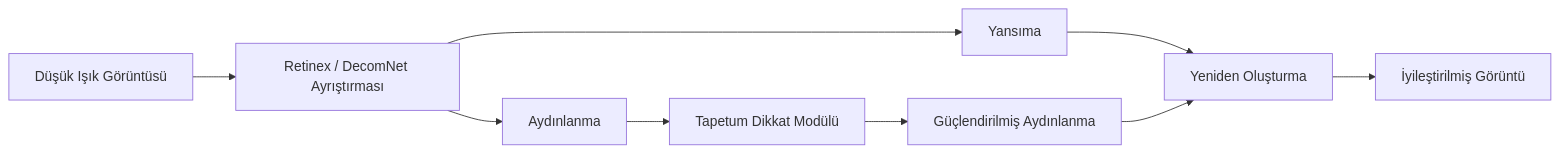
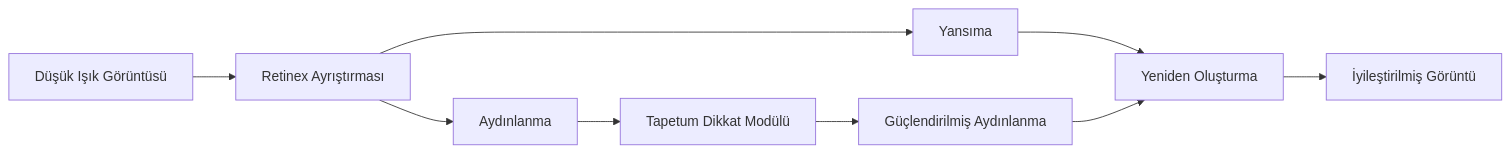
Before and after one commit to muratdelen/TAPETUM: the sixth of 6 diagrams in README_TR.md, drawn with Mermaid. The commit also changed other lines of this file, not shown here.

````diff
--- a/README_TR.md
+++ b/README_TR.md
@@ -634,12 +444,12 @@
 ```mermaid
 flowchart LR
 
-A["Düşük Işık Görüntüsü"] --> B["Retinex / DecomNet Ayrıştırması"]
+A["Düşük Işık Görüntüsü"] --> B["Retinex Ayrıştırması"]
 B --> C["Yansıma"]
 B --> D["Aydınlanma"]
 D --> E["Tapetum Dikkat Modülü"]
 E --> F["Güçlendirilmiş Aydınlanma"]
 C --> G["Yeniden Oluşturma"]
 F --> G
 G --> H["İyileştirilmiş Görüntü"]
 ```
````
